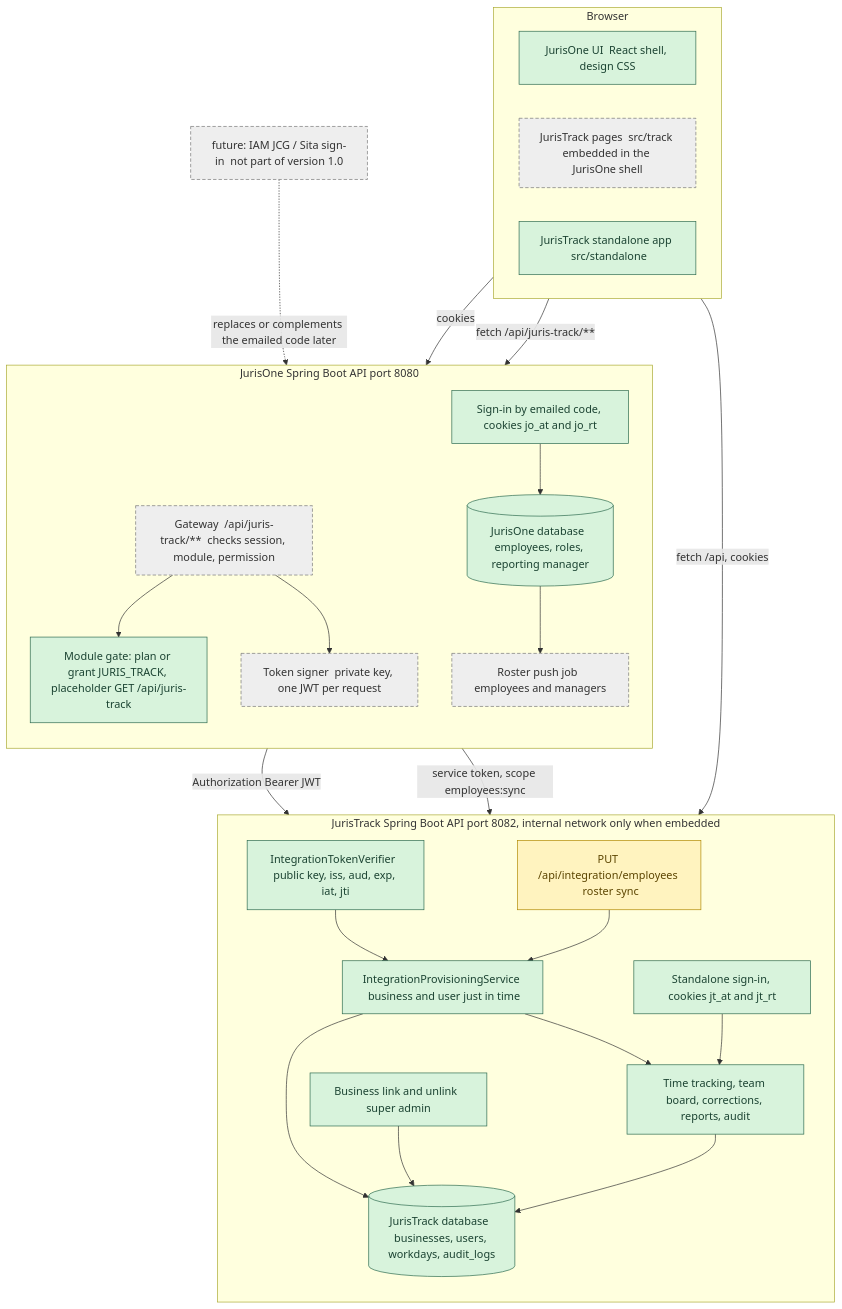
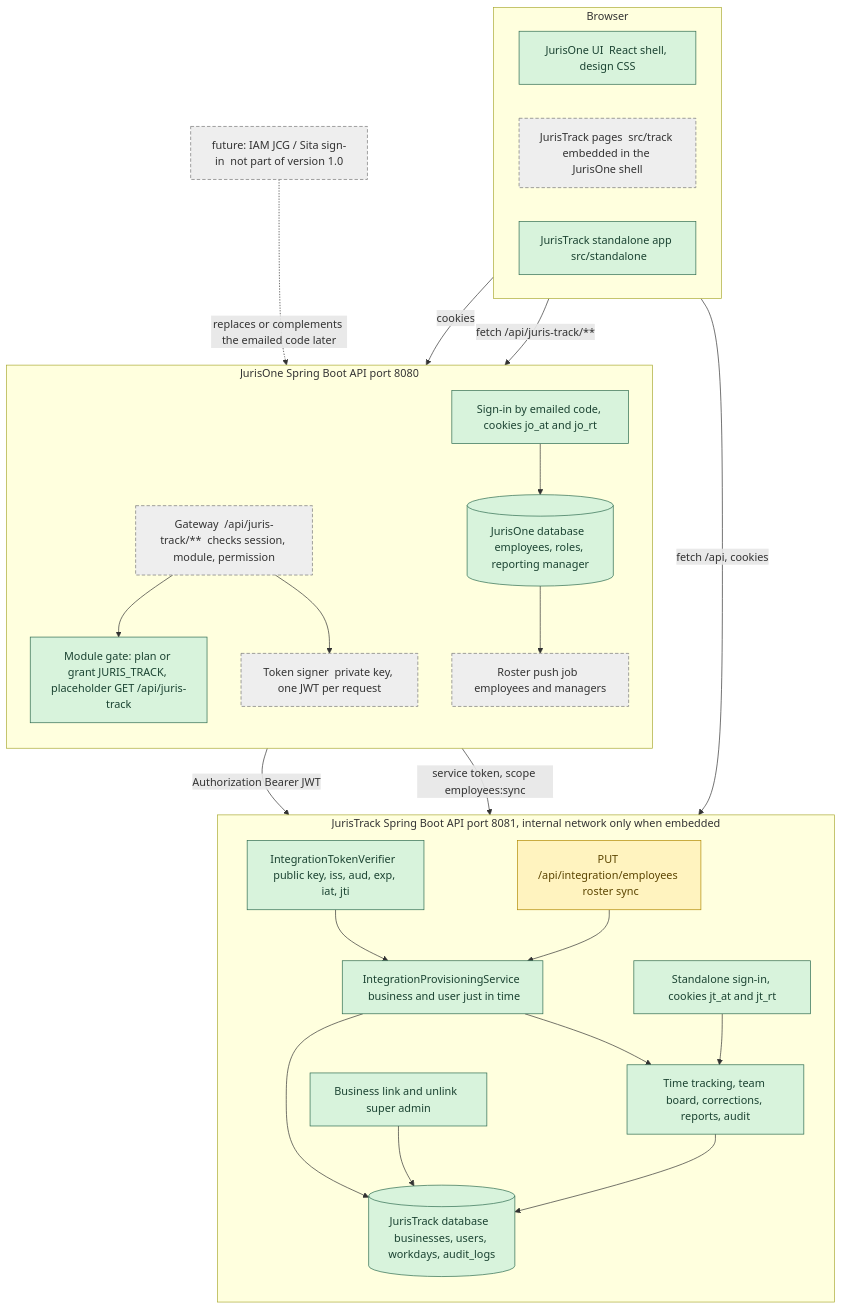
One commit to amitjurislpo/juris-track changed the second of 6 diagrams in references/FLOW-JurisTrack-JurisOne-Connection.md. Above: the diagram before and after it, drawn with Mermaid. The commit also changed other lines of this file and 47 other files, not shown here.

````diff
--- a/references/FLOW-JurisTrack-JurisOne-Connection.md
+++ b/references/FLOW-JurisTrack-JurisOne-Connection.md
@@ -40,54 +41,54 @@
 ```mermaid
 flowchart TB
     subgraph BROWSER["Browser"]
         direction LR
         UI1["JurisOne UI  React shell, design CSS"]:::built
         UI2["JurisTrack pages  src/track embedded in the JurisOne shell"]:::planned
         UI3["JurisTrack standalone app  src/standalone"]:::built
     end
 
     subgraph JO["JurisOne  Spring Boot  API port 8080"]
         direction TB
         JOAUTH["Sign-in by emailed code, cookies jo_at and jo_rt"]:::built
         JOGATE["Module gate: plan or grant JURIS_TRACK, placeholder GET /api/juris-track"]:::built
         GW["Gateway  /api/juris-track/**  checks session, module, permission"]:::planned
         SIGN["Token signer  private key, one JWT per request"]:::planned
         ROSTERPUSH["Roster push job  employees and managers"]:::planned
         JODB[("JurisOne database  employees, roles, reporting manager")]:::built
     end
 
-    subgraph JT["JurisTrack  Spring Boot  API port 8082, internal network only when embedded"]
+    subgraph JT["JurisTrack  Spring Boot  API port 8081, internal network only when embedded"]
         direction TB
         VERIFY["IntegrationTokenVerifier  public key, iss, aud, exp, iat, jti"]:::built
         PROV["IntegrationProvisioningService  business and user just in time"]:::built
         LINK["Business link and unlink  super admin"]:::built
         ROSTERAPI["PUT /api/integration/employees  roster sync"]:::specified
         TRACKAUTH["Standalone sign-in, cookies jt_at and jt_rt"]:::built
         CORE["Time tracking, team board, corrections, reports, audit"]:::built
         JTDB[("JurisTrack database  businesses, users, workdays, audit_logs")]:::built
     end
 
     FUTURE["future: IAM JCG / Sita sign-in  not part of version 1.0"]:::planned
 
     UI1 -->|"cookies"| JOAUTH
     UI2 -->|"fetch /api/juris-track/**"| GW
     UI3 -->|"fetch /api, cookies"| TRACKAUTH
     JOAUTH --> JODB
     GW --> JOGATE
     GW --> SIGN
     SIGN -->|"Authorization Bearer JWT"| VERIFY
     ROSTERPUSH -->|"service token, scope employees:sync"| ROSTERAPI
     JODB --> ROSTERPUSH
     VERIFY --> PROV
     PROV --> CORE
     ROSTERAPI --> PROV
     TRACKAUTH --> CORE
     LINK --> JTDB
     CORE --> JTDB
     PROV --> JTDB
     FUTURE -.->|"replaces or complements the emailed code later"| JOAUTH
 
     classDef built fill:#d8f3dc,stroke:#2d6a4f,color:#1b4332
     classDef specified fill:#fff3bf,stroke:#b08900,color:#5c4500
     classDef planned fill:#eeeeee,stroke:#777777,color:#333333,stroke-dasharray: 5 3
 ```
````
